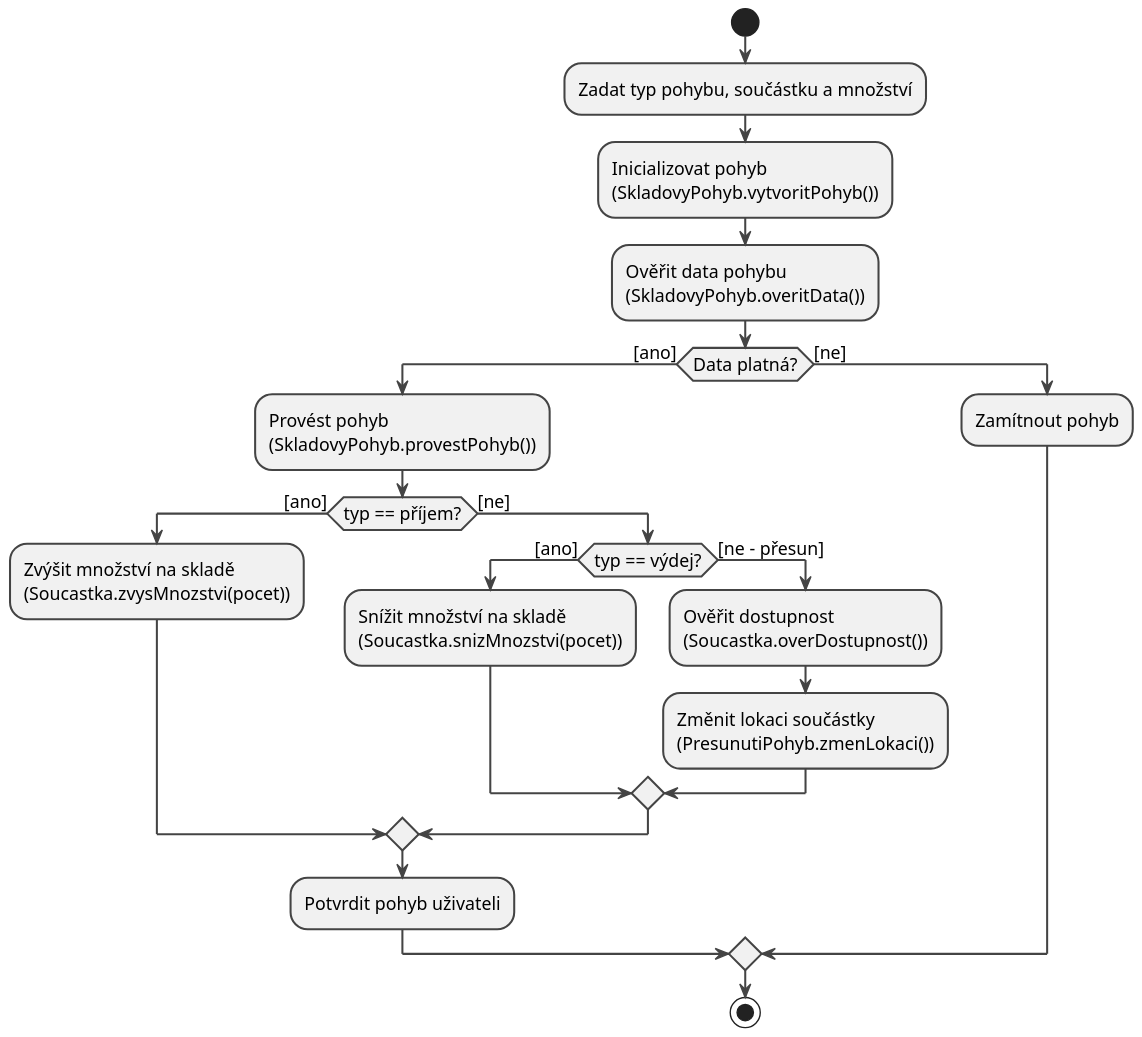
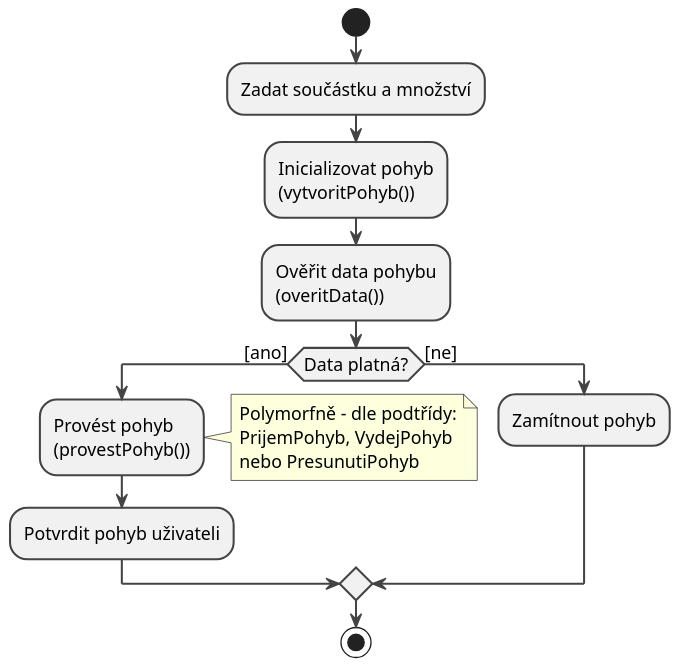
The diagram in diagrams/12_activity_wms.puml (lkvapil/kOdevzdaniProjektWMS), drawn with PlantUML before and after one commit. The commit also changed 7 other files, not shown here.

Commit message:
Opravy dle zpětné vazby: generalizace UC, polymorfismus, stavové diagramy

```diff
--- a/diagrams/12_activity_wms.puml
+++ b/diagrams/12_activity_wms.puml
@@ -1,38 +1,34 @@
 @startuml
 scale 1.5
 skinparam defaultFontSize 13
 skinparam ArrowThickness 1.5
 skinparam ActivityBorderThickness 1.5
 skinparam ActivityDiamondBorderThickness 1.5
 skinparam ActivityBorderColor #444444
 skinparam ActivityDiamondBorderColor #444444
 skinparam ArrowColor #444444
 
+' Bod 5: polymorfismus – odstraněno větvení dle typu
+' provestPohyb() se chová dle konkrétní podtřídy automaticky
+
 start
 
-:Zadat typ pohybu, součástku a množství;
-:Inicializovat pohyb\n(SkladovyPohyb.vytvoritPohyb());
-:Ověřit data pohybu\n(SkladovyPohyb.overitData());
+:Zadat součástku a množství;
+:Inicializovat pohyb\n(vytvoritPohyb());
+:Ověřit data pohybu\n(overitData());
 
 if (Data platná?) then ([ano])
-  :Provést pohyb\n(SkladovyPohyb.provestPohyb());
-
-  if (typ == příjem?) then ([ano])
-    :Zvýšit množství na skladě\n(Soucastka.zvysMnozstvi(pocet));
-  else ([ne])
-    if (typ == výdej?) then ([ano])
-      :Snížit množství na skladě\n(Soucastka.snizMnozstvi(pocet));
-    else ([ne – přesun])
-      :Ověřit dostupnost\n(Soucastka.overDostupnost());
-      :Změnit lokaci součástky\n(PresunutiPohyb.zmenLokaci());
-    endif
-  endif
-
+  :Provést pohyb\n(provestPohyb());
+  note right
+    Polymorfně – dle podtřídy:
+    PrijemPohyb, VydejPohyb
+    nebo PresunutiPohyb
+  end note
   :Potvrdit pohyb uživateli;
 
 else ([ne])
   :Zamítnout pohyb;
 endif
 
 stop
 @enduml
```
